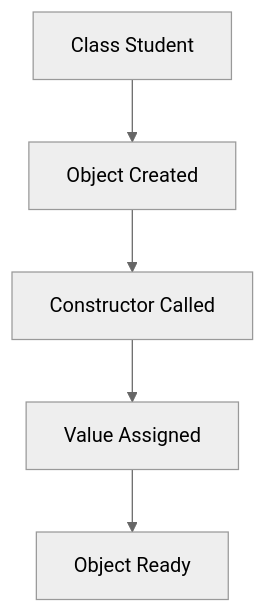
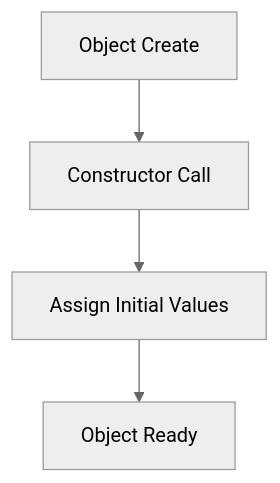
Before and after one commit to Subhadip-Paul2006/Kotlin_Programming: the first of 3 diagrams in chapter_05/README.md, drawn with Mermaid (neutral theme). The commit also changed other lines of this file, not shown here.

````diff
--- a/chapter_05/README.md
+++ b/chapter_05/README.md
@@ -312,8 +431,7 @@
 ```mermaid
 flowchart TD
 
-A[Class Student] --> B[Object Created]
-B --> C[Constructor Called]
-C --> D[Value Assigned]
-D --> E[Object Ready]
+A[Object Create] --> B[Constructor Call]
+B --> C[Assign Initial Values]
+C --> D[Object Ready]
 ```
````
